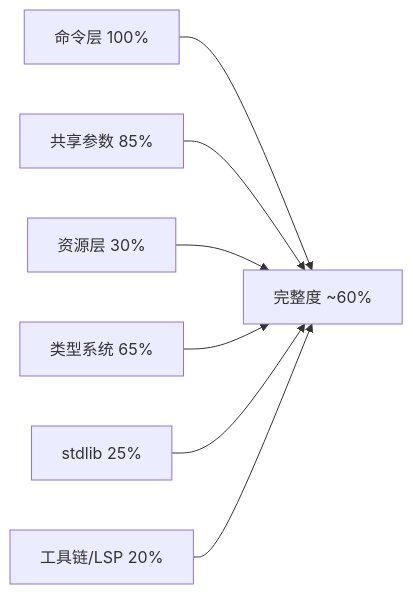
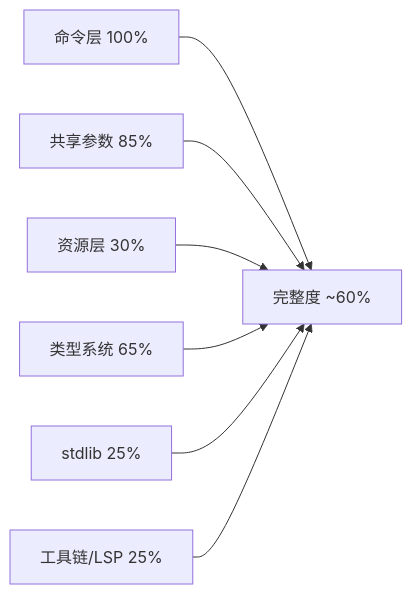
Before and after one commit to ahasasjeb/mclang: the diagram in q.md, drawn with Mermaid. The commit also changed other lines of this file and 13 other files, not shown here.

````diff
--- a/q.md
+++ b/q.md
@@ -5,9 +5,9 @@
 ```mermaid
 flowchart LR
   A[命令层 100%] --> D[完整度 ~60%]
   B[共享参数 85%] --> D
   C[资源层 30%] --> D
   E[类型系统 65%] --> D
   F[stdlib 25%] --> D
-  G[工具链/LSP 20%] --> D
+  G[工具链/LSP 25%] --> D
 ```
````
